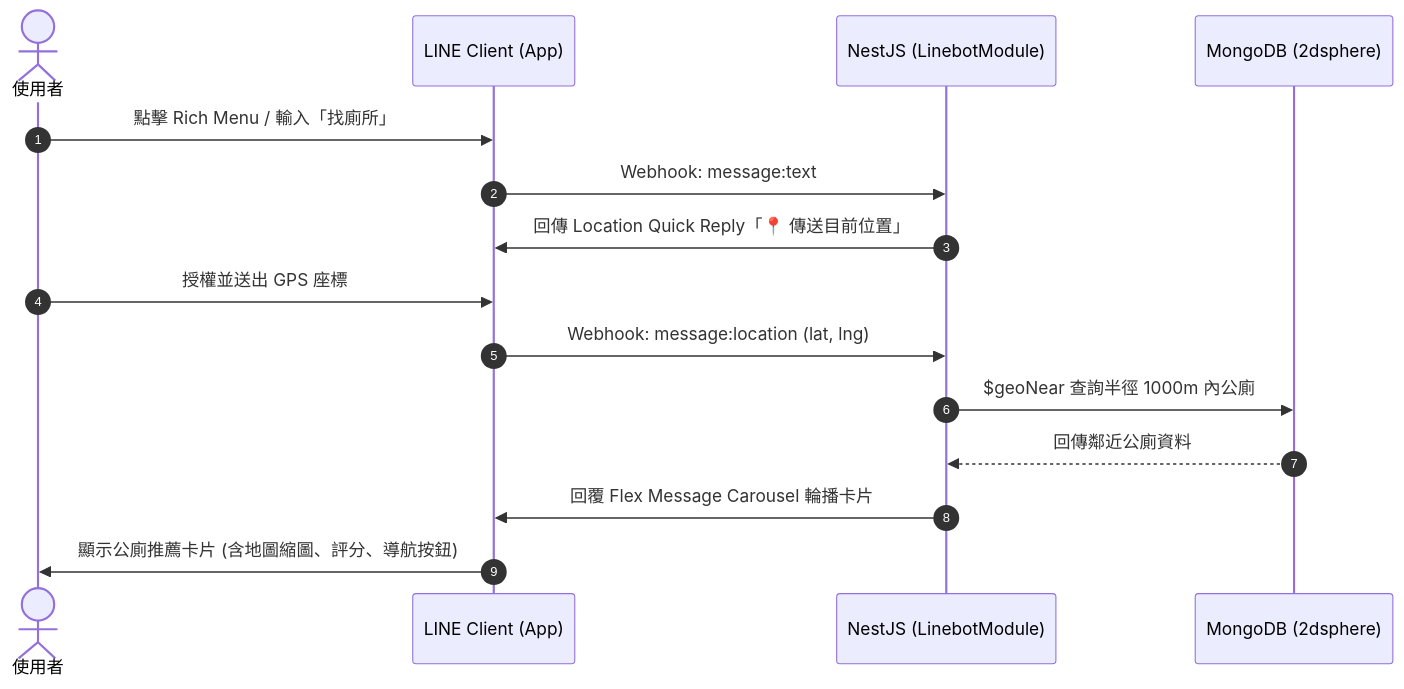
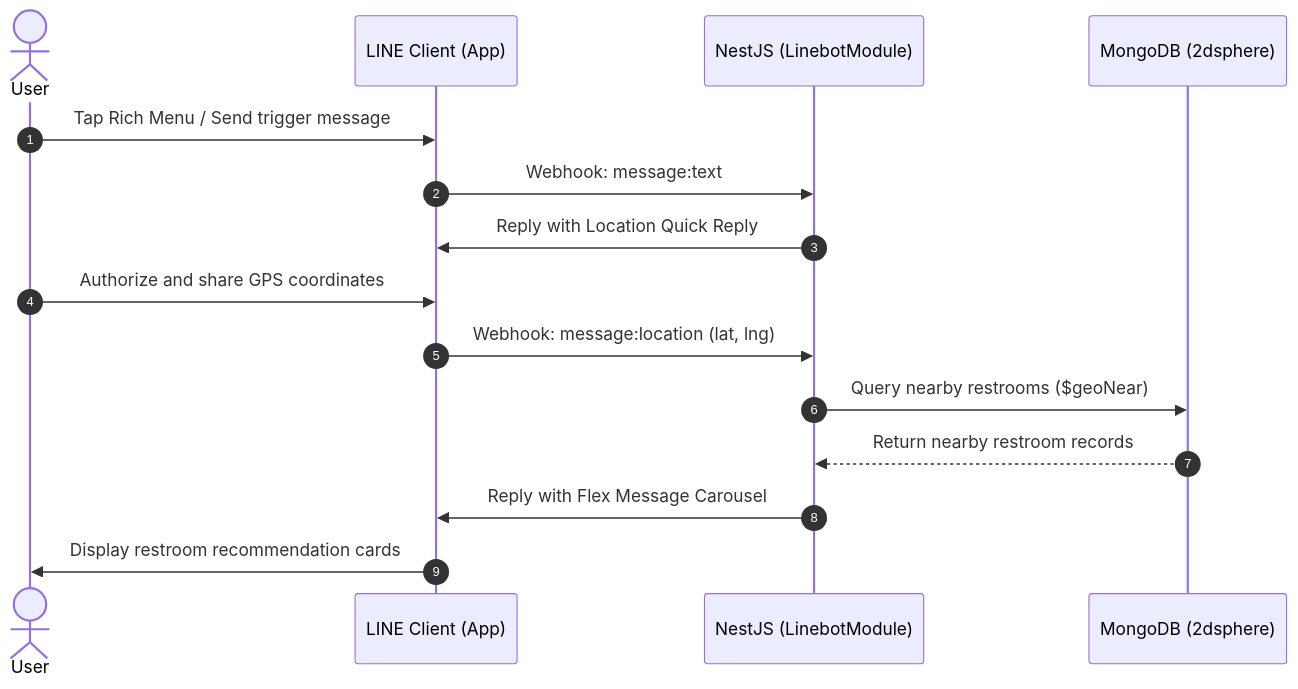
One commit to Sianglife/bathroom-genius-server changed the diagram in README.md. Above: the diagram before and after it, drawn with Mermaid. The commit also changed other lines of this file, not shown here.

````diff
--- a/README.md
+++ b/README.md
@@ -208,18 +209,18 @@
 ```mermaid
 sequenceDiagram
     autonumber
-    actor User as 使用者
+    actor User as User
     participant LINE as LINE Client (App)
     participant Server as NestJS (LinebotModule)
     participant DB as MongoDB (2dsphere)
 
-    User->>LINE: 點擊 Rich Menu / 輸入「找廁所」
+    User->>LINE: Tap Rich Menu / Send trigger message
     LINE->>Server: Webhook: message:text
-    Server->>LINE: 回傳 Location Quick Reply「📍 傳送目前位置」
-    User->>LINE: 授權並送出 GPS 座標
+    Server->>LINE: Reply with Location Quick Reply
+    User->>LINE: Authorize and share GPS coordinates
     LINE->>Server: Webhook: message:location (lat, lng)
-    Server->>DB: $geoNear 查詢半徑 1000m 內公廁
-    DB-->>Server: 回傳鄰近公廁資料
-    Server->>LINE: 回覆 Flex Message Carousel 輪播卡片
-    LINE->>User: 顯示公廁推薦卡片 (含地圖縮圖、評分、導航按鈕)
+    Server->>DB: Query nearby restrooms ($geoNear)
+    DB-->>Server: Return nearby restroom records
+    Server->>LINE: Reply with Flex Message Carousel
+    LINE->>User: Display restroom recommendation cards
 ```
````
